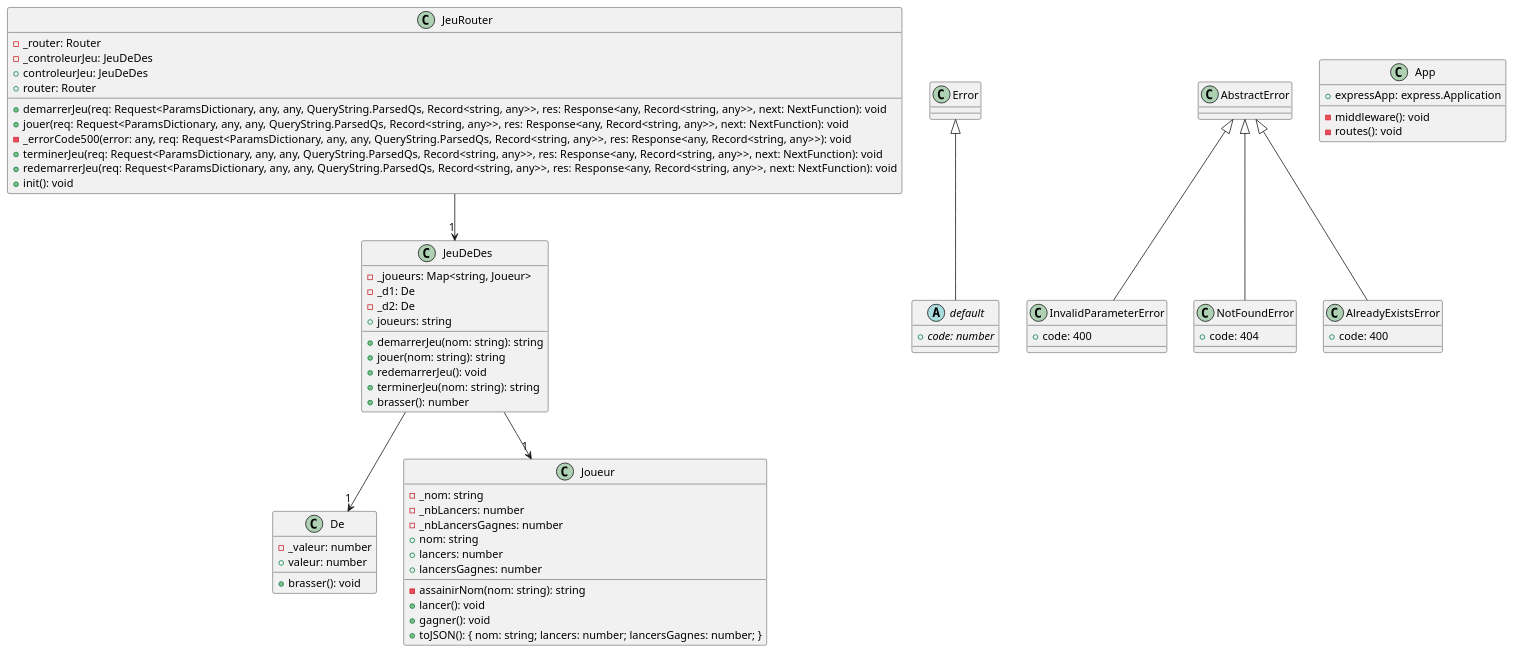
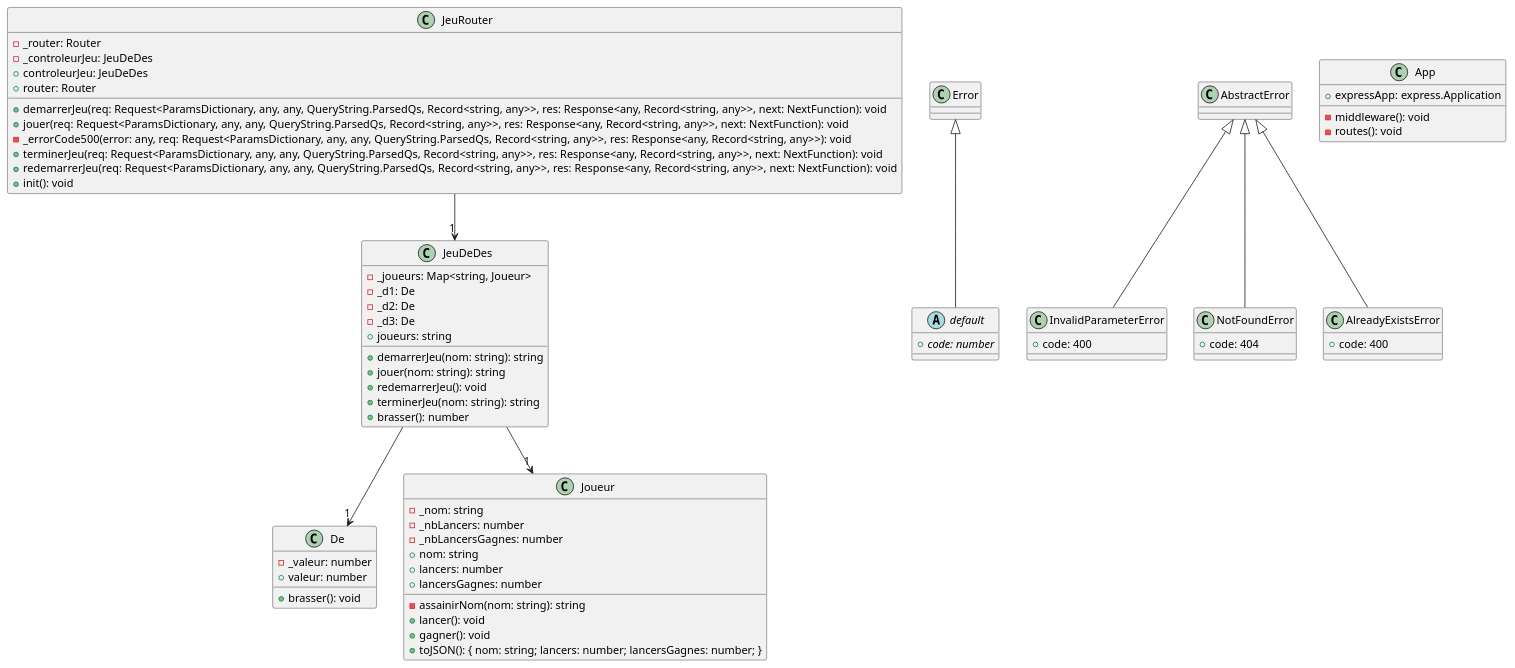
Before and after one commit to SamuelLouvet/log210-laboratoire0: the diagram in docs/modeles/App.puml, drawn with PlantUML. The commit also changed 11 other files, not shown here.

```diff
--- a/docs/modeles/App.puml
+++ b/docs/modeles/App.puml
@@ -1,62 +1,63 @@
 @startuml
 class De {
     -_valeur: number
     +brasser(): void
     +valeur: number
 }
 abstract class default extends Error {
     +{abstract} code: number
 }
 class InvalidParameterError extends AbstractError {
     +code: 400
 }
 class Joueur {
     -_nom: string
     -_nbLancers: number
     -_nbLancersGagnes: number
     +nom: string
     -assainirNom(nom: string): string
     +lancers: number
     +lancersGagnes: number
     +lancer(): void
     +gagner(): void
     +toJSON(): { nom: string; lancers: number; lancersGagnes: number; }
 }
 class NotFoundError extends AbstractError {
     +code: 404
 }
 class AlreadyExistsError extends AbstractError {
     +code: 400
 }
 class JeuDeDes {
     -_joueurs: Map<string, Joueur>
     -_d1: De
     -_d2: De
+    -_d3: De
     +demarrerJeu(nom: string): string
     +jouer(nom: string): string
     +redemarrerJeu(): void
     +terminerJeu(nom: string): string
     +brasser(): number
     +joueurs: string
 }
 class JeuRouter {
     -_router: Router
     -_controleurJeu: JeuDeDes
     +controleurJeu: JeuDeDes
     +router: Router
     +demarrerJeu(req: Request<ParamsDictionary, any, any, QueryString.ParsedQs, Record<string, any>>, res: Response<any, Record<string, any>>, next: NextFunction): void
     +jouer(req: Request<ParamsDictionary, any, any, QueryString.ParsedQs, Record<string, any>>, res: Response<any, Record<string, any>>, next: NextFunction): void
     -_errorCode500(error: any, req: Request<ParamsDictionary, any, any, QueryString.ParsedQs, Record<string, any>>, res: Response<any, Record<string, any>>): void
     +terminerJeu(req: Request<ParamsDictionary, any, any, QueryString.ParsedQs, Record<string, any>>, res: Response<any, Record<string, any>>, next: NextFunction): void
     +redemarrerJeu(req: Request<ParamsDictionary, any, any, QueryString.ParsedQs, Record<string, any>>, res: Response<any, Record<string, any>>, next: NextFunction): void
     +init(): void
 }
 class App {
     +expressApp: express.Application
     -middleware(): void
     -routes(): void
 }
 JeuDeDes --> "1" Joueur
 JeuDeDes --> "1" De
 JeuRouter --> "1" JeuDeDes
 @enduml
```
